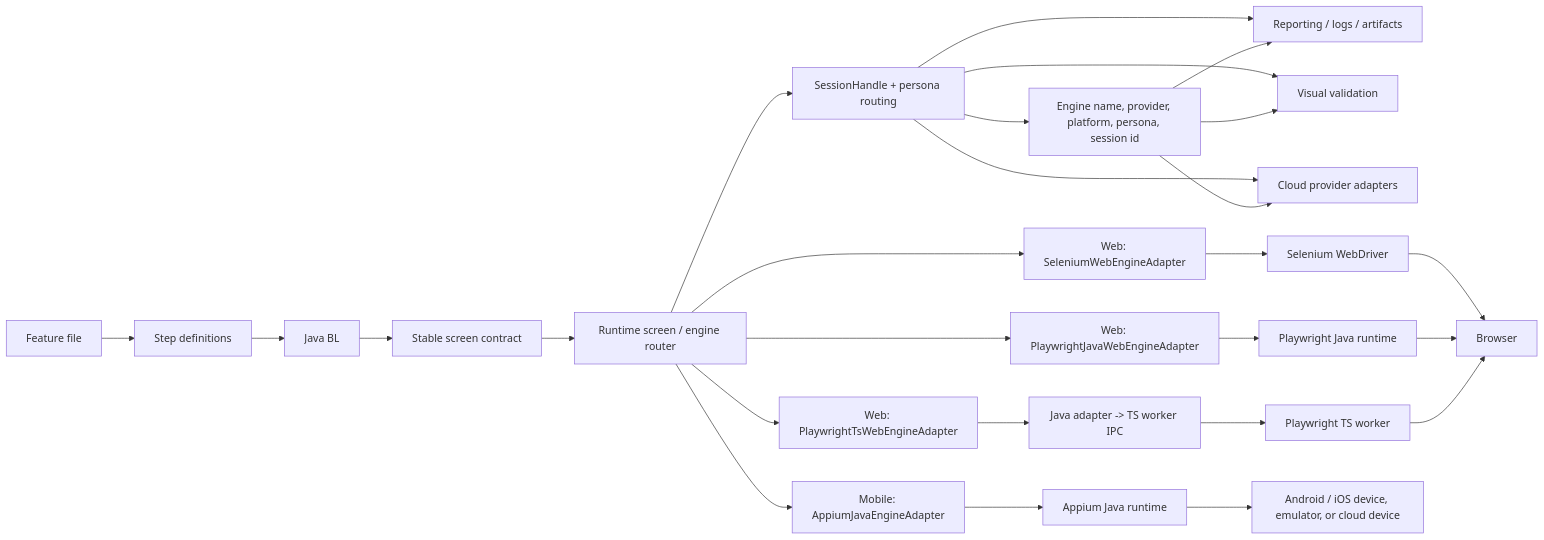
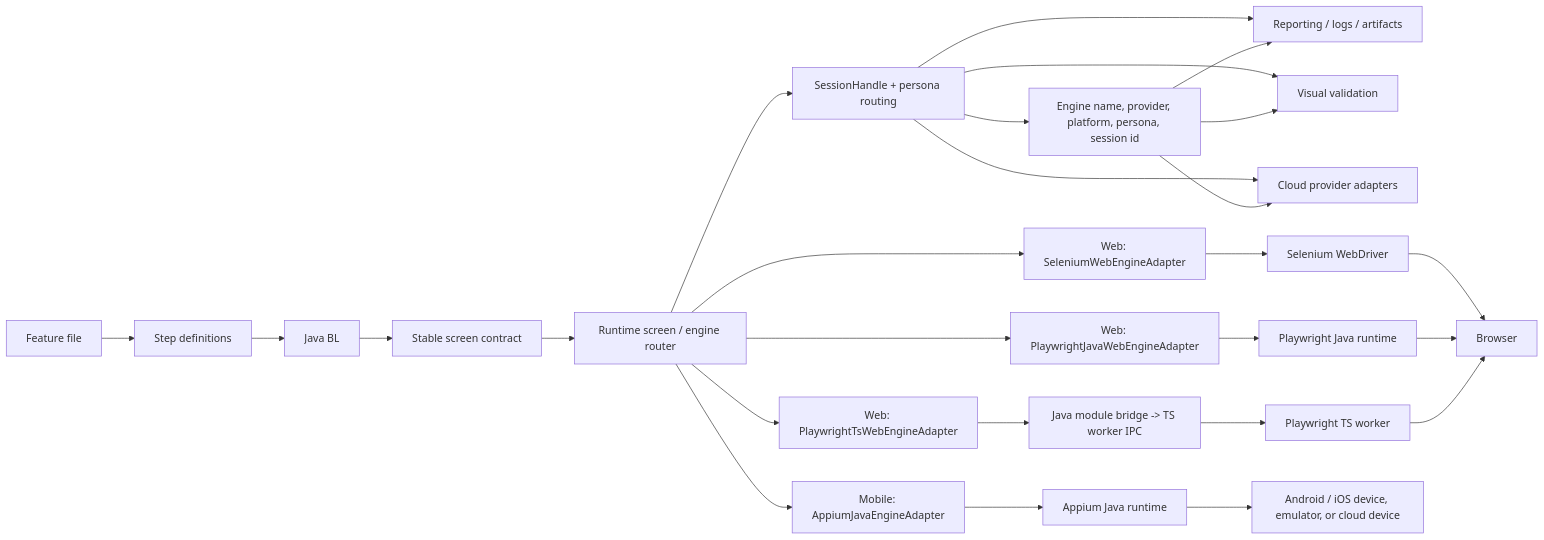
The first of 3 diagrams in docs/Architecture-README.md (znsio/teswiz), drawn with Mermaid before and after one commit. The commit also changed other lines of this file and 4 other files, not shown here.

````diff
--- a/docs/Architecture-README.md
+++ b/docs/Architecture-README.md
@@ -12,33 +12,33 @@
 ```mermaid
 flowchart LR
     F[Feature file] --> S[Step definitions]
     S --> BL[Java BL]
     BL --> SC[Stable screen contract]
     SC --> ROUTER[Runtime screen / engine router]
 
     ROUTER --> SH[SessionHandle + persona routing]
     SH --> REP[Reporting / logs / artifacts]
     SH --> VIS[Visual validation]
     SH --> CLOUD[Cloud provider adapters]
 
     ROUTER --> WSEL[Web: SeleniumWebEngineAdapter]
     ROUTER --> WPJ[Web: PlaywrightJavaWebEngineAdapter]
     ROUTER --> WPTS[Web: PlaywrightTsWebEngineAdapter]
     ROUTER --> MAPP[Mobile: AppiumJavaEngineAdapter]
 
     WSEL --> WD[Selenium WebDriver]
     WPJ --> PWJ[Playwright Java runtime]
-    WPTS --> IPC[Java adapter -> TS worker IPC]
+    WPTS --> IPC[Java module bridge -> TS worker IPC]
     IPC --> PWT[Playwright TS worker]
     MAPP --> APP[Appium Java runtime]
 
     WD --> B[Browser]
     PWJ --> B
     PWT --> B
     APP --> D[Android / iOS device, emulator, or cloud device]
 
     SH --> META[Engine name, provider, platform, persona, session id]
     META --> REP
     META --> VIS
     META --> CLOUD
 ```
````
